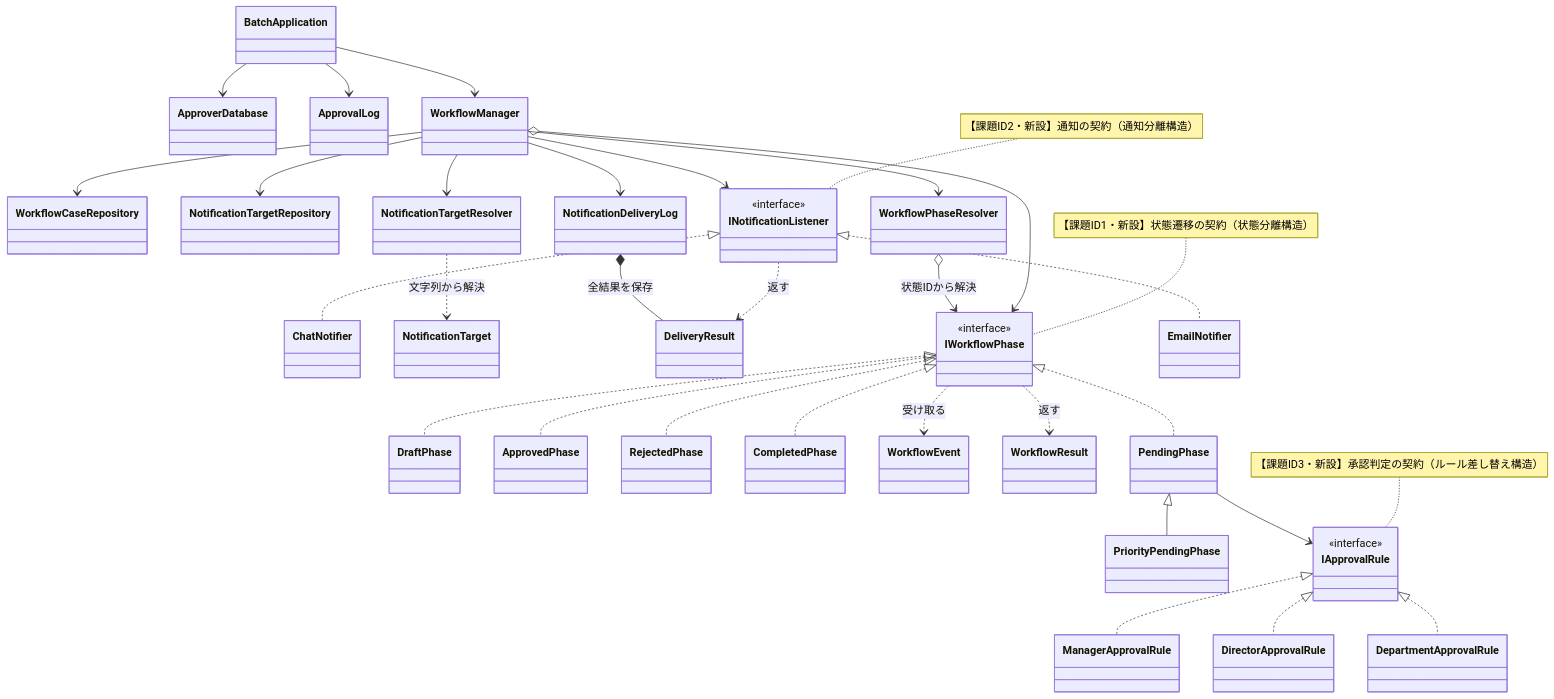
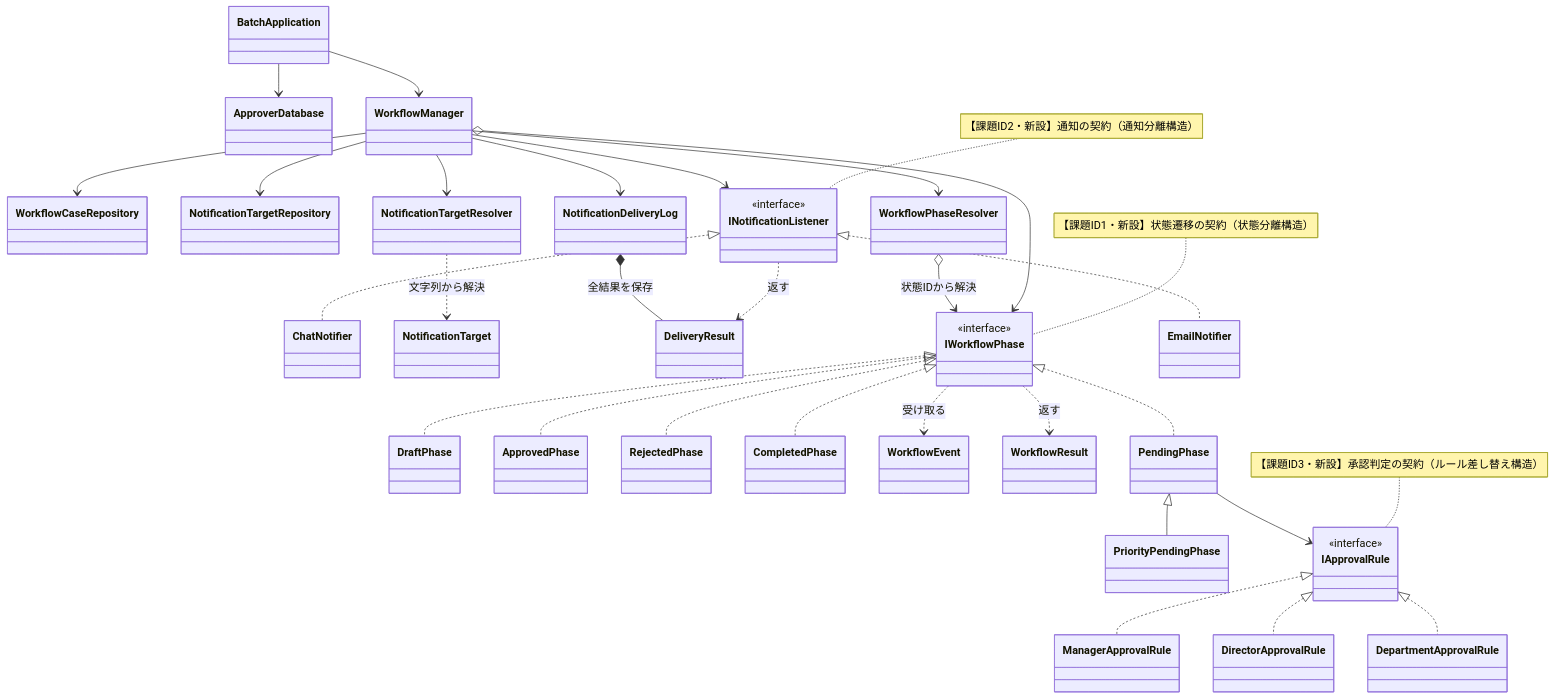
Diagram 18 of 23 in kindle/design-patterns/output/chapter12.md (kumachan1101-pixel/DesignPattern), drawn with Mermaid before and after one commit. The commit also changed other lines of this file and 1 other file, not shown here.

````diff
--- a/kindle/design-patterns/output/chapter12.md
+++ b/kindle/design-patterns/output/chapter12.md
@@ -1803,65 +1801,63 @@
 ```mermaid
 classDiagram
     class DraftPhase
     class ApprovedPhase
     class RejectedPhase
     class CompletedPhase
     class DirectorApprovalRule
     class DepartmentApprovalRule
     class ApproverDatabase
     class WorkflowCaseRepository
     class NotificationTargetRepository
     class ChatNotifier
-    class ApprovalLog
     class BatchApplication
     class WorkflowEvent
     class WorkflowResult
     class NotificationTarget
     class DeliveryResult
     class WorkflowManager
     class WorkflowPhaseResolver
     class NotificationTargetResolver
     class NotificationDeliveryLog
     class IWorkflowPhase { <<interface>> }
     class PendingPhase
     class PriorityPendingPhase
     class IApprovalRule { <<interface>> }
     class ManagerApprovalRule
     class INotificationListener { <<interface>> }
     class EmailNotifier
     WorkflowManager o--> IWorkflowPhase
     IWorkflowPhase ..> WorkflowEvent : 受け取る
     IWorkflowPhase ..> WorkflowResult : 返す
     IWorkflowPhase <|.. PendingPhase
     PendingPhase <|-- PriorityPendingPhase
     PendingPhase --> IApprovalRule
     IApprovalRule <|.. ManagerApprovalRule
     WorkflowManager --> INotificationListener
     WorkflowManager --> WorkflowPhaseResolver
     WorkflowManager --> NotificationTargetResolver
     WorkflowManager --> NotificationDeliveryLog
     WorkflowPhaseResolver o--> IWorkflowPhase : 状態IDから解決
     NotificationTargetResolver ..> NotificationTarget : 文字列から解決
     INotificationListener ..> DeliveryResult : 返す
     NotificationDeliveryLog *-- DeliveryResult : 全結果を保存
     INotificationListener <|.. EmailNotifier
     IWorkflowPhase <|.. DraftPhase
     IWorkflowPhase <|.. ApprovedPhase
     IWorkflowPhase <|.. RejectedPhase
     IWorkflowPhase <|.. CompletedPhase
     IApprovalRule <|.. DirectorApprovalRule
     IApprovalRule <|.. DepartmentApprovalRule
     WorkflowManager --> WorkflowCaseRepository
     WorkflowManager --> NotificationTargetRepository
     INotificationListener <|.. ChatNotifier
     BatchApplication --> WorkflowManager
     BatchApplication --> ApproverDatabase
-    BatchApplication --> ApprovalLog
 
     note for IWorkflowPhase "【課題ID1・新設】状態遷移の契約（状態分離構造）"
     note for INotificationListener "【課題ID2・新設】通知の契約（通知分離構造）"
     note for IApprovalRule "【課題ID3・新設】承認判定の契約（ルール差し替え構造）"
 
     classDef focus fill:#FFF2CC,stroke:#D6B656,stroke-width:2px,color:#222222
     cssClass "IWorkflowPhase,DraftPhase,PendingPhase,INotificationListener,EmailNotifier,IApprovalRule,ManagerApprovalRule,WorkflowPhaseResolver,NotificationTargetResolver,NotificationDeliveryLog" focus
 ```
````
